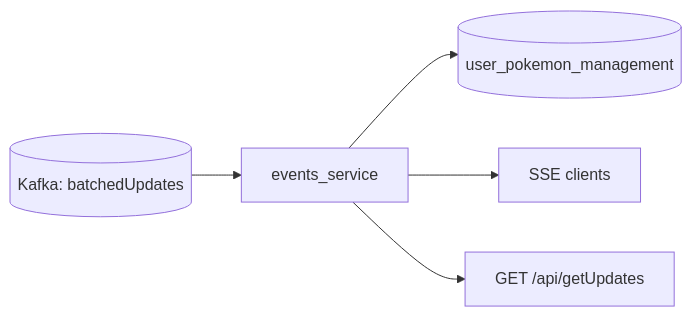
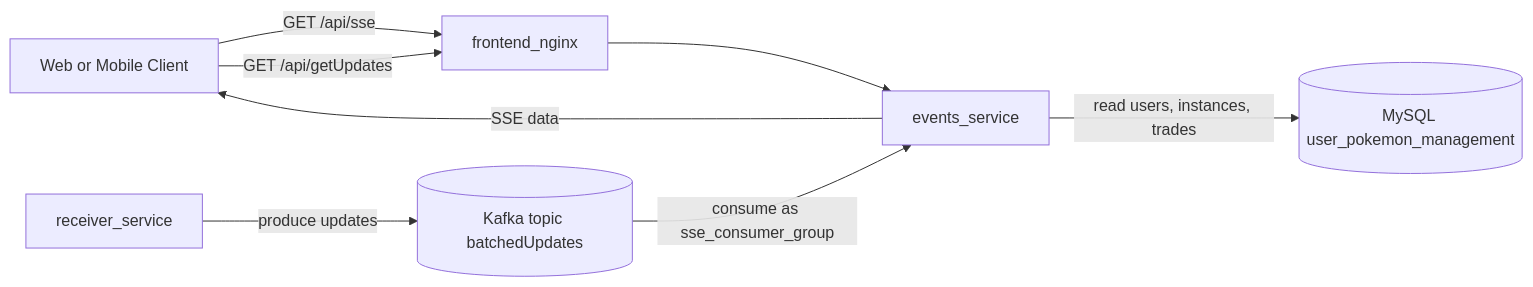
One commit to AdamWentworth/Go changed the first of 3 diagrams in reader/events/README.md. Above: the diagram before and after it, drawn with Mermaid. The commit also changed other lines of this file and 8 other files, not shown here.

````diff
--- a/reader/events/README.md
+++ b/reader/events/README.md
@@ -31,7 +33,18 @@
 ```mermaid
 flowchart LR
-  Kafka[(Kafka: batchedUpdates)] --> Events[events_service]
-  Events --> MySQL[(user_pokemon_management)]
-  Events --> SSE[SSE clients]
-  Events --> Pull[GET /api/getUpdates]
+  Client[Web or Mobile Client]
+  Nginx[frontend_nginx]
+  Events[events_service]
+  Receiver[receiver_service]
+  Kafka[(Kafka topic batchedUpdates)]
+  MySQL[(MySQL user_pokemon_management)]
+
+  Client -->|GET /api/sse| Nginx
+  Client -->|GET /api/getUpdates| Nginx
+  Nginx --> Events
+
+  Receiver -->|produce updates| Kafka
+  Kafka -->|consume as sse_consumer_group| Events
+  Events -->|read users, instances, trades| MySQL
+  Events -->|SSE data| Client
 ```
````
